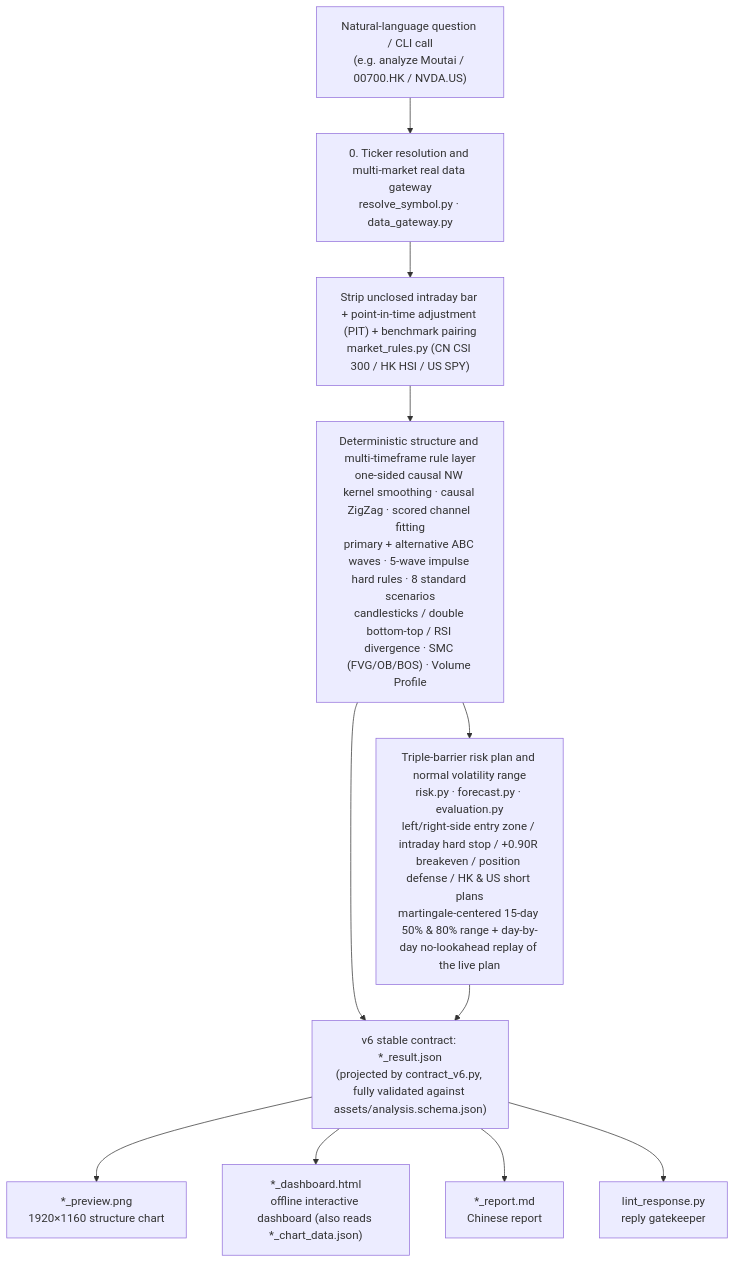
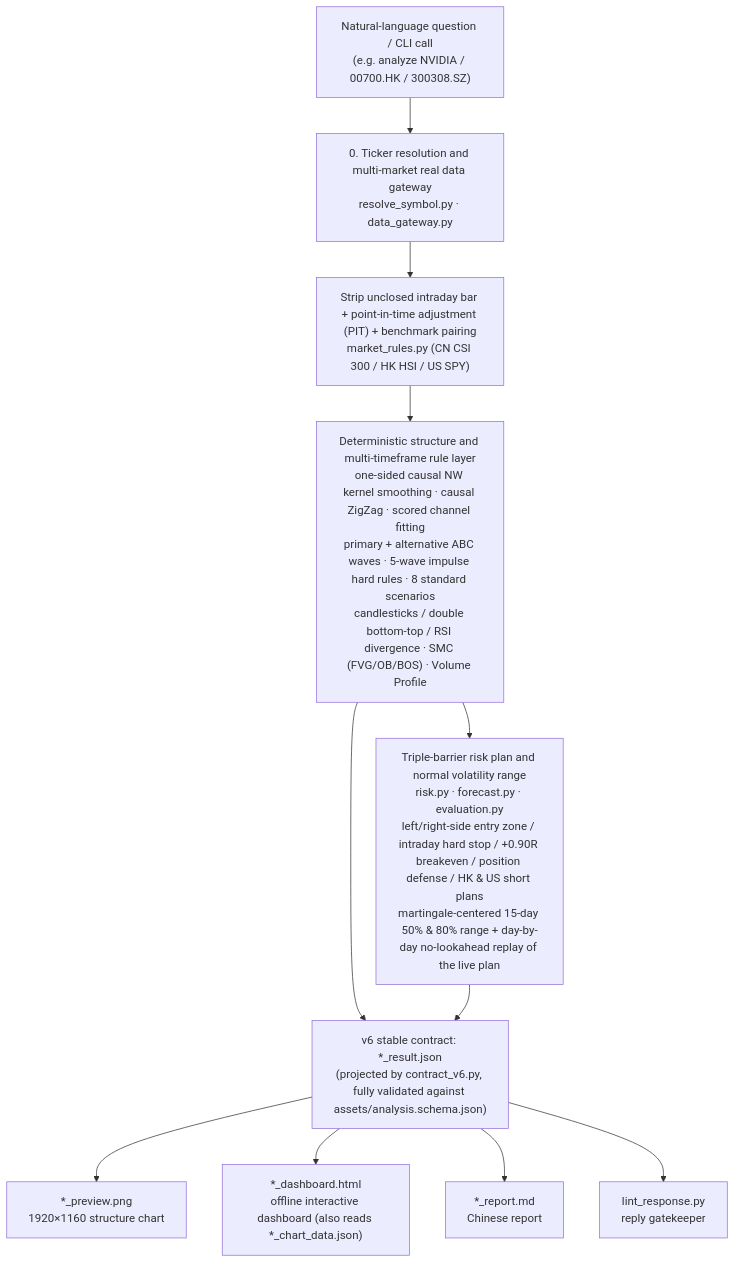
The diagram in README.en.md (xiongcp/stock-skill), drawn with Mermaid before and after one commit. The commit also changed other lines of this file and 14 other files, not shown here.

````diff
--- a/README.en.md
+++ b/README.en.md
@@ -62,13 +62,13 @@
 ```mermaid
 flowchart TD
-    A["Natural-language question / CLI call<br/>(e.g. analyze Moutai / 00700.HK / NVDA.US)"] --> B["0. Ticker resolution and multi-market real data gateway<br/>resolve_symbol.py · data_gateway.py"]
+    A["Natural-language question / CLI call<br/>(e.g. analyze NVIDIA / 00700.HK / 300308.SZ)"] --> B["0. Ticker resolution and multi-market real data gateway<br/>resolve_symbol.py · data_gateway.py"]
     B --> C["Strip unclosed intraday bar + point-in-time adjustment (PIT) + benchmark pairing<br/>market_rules.py (CN CSI 300 / HK HSI / US SPY)"]
     C --> D["Deterministic structure and multi-timeframe rule layer<br/>one-sided causal NW kernel smoothing · causal ZigZag · scored channel fitting<br/>primary + alternative ABC waves · 5-wave impulse hard rules · 8 standard scenarios<br/>candlesticks / double bottom-top / RSI divergence · SMC (FVG/OB/BOS) · Volume Profile"]
     D --> F["Triple-barrier risk plan and normal volatility range<br/>risk.py · forecast.py · evaluation.py<br/>left/right-side entry zone / intraday hard stop / +0.90R breakeven / position defense / HK & US short plans<br/>martingale-centered 15-day 50% &amp; 80% range + day-by-day no-lookahead replay of the live plan"]
     D --> G["v6 stable contract: *_result.json<br/>(projected by contract_v6.py, fully validated against assets/analysis.schema.json)"]
     F --> G
     G --> H1["*_preview.png<br/>1920×1160 structure chart"]
     G --> H2["*_dashboard.html<br/>offline interactive dashboard (also reads *_chart_data.json)"]
     G --> H3["*_report.md<br/>Chinese report"]
     G --> H4["lint_response.py<br/>reply gatekeeper"]
 ```
````
